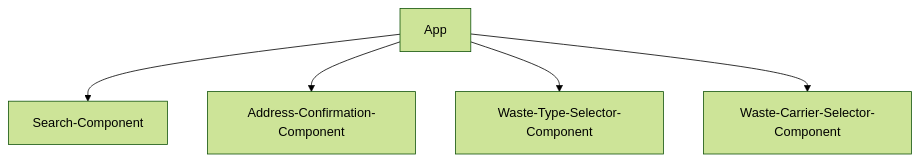
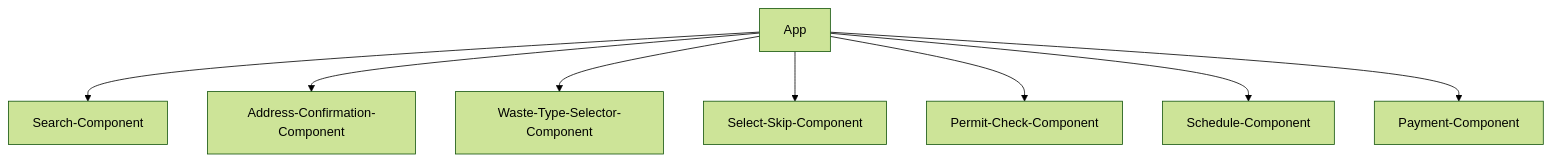
The diagram in README.md (Certsoftt/remwaste), drawn with Mermaid (forest theme) before and after one commit. The commit also changed other lines of this file, not shown here.

````diff
--- a/README.md
+++ b/README.md
@@ -40,7 +49,10 @@
 ```mermaid
 graph TD;
     App-->Search-Component;
     App-->Address-Confirmation-Component;
     App-->Waste-Type-Selector-Component;
-    App-->Waste-Carrier-Selector-Component;
+    App-->Select-Skip-Component;
+    App-->Permit-Check-Component;
+    App-->Schedule-Component;
+    App-->Payment-Component;
 ```
````
